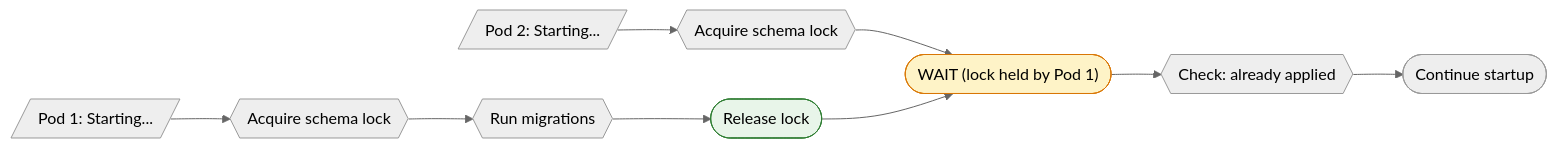
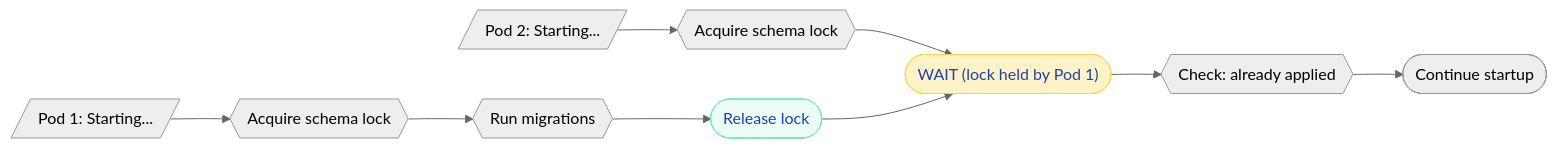
Before and after one commit to saivamsikaruturi/vamsilabs-dev-notes-main: the fifth of 5 diagrams in docs/springboot/database-migrations.md, drawn with Mermaid (neutral theme). The commit also changed other lines of this file and 220 other files, not shown here.

First line of the commit message:
Add 50+ new Java/Spring Boot pages, rewrite CSS code blocks to Oracle style, fix all diagram colors

````diff
--- a/docs/springboot/database-migrations.md
+++ b/docs/springboot/database-migrations.md
@@ -639,15 +639,15 @@
 ```mermaid
 flowchart LR
     P1[/"Pod 1: Starting..."/] --> L1{{"Acquire schema lock"}}
     P2[/"Pod 2: Starting..."/] --> L2{{"Acquire schema lock"}}
 
     L1 --> M1{{"Run migrations"}}
     L2 --> W(["WAIT (lock held by Pod 1)"])
     M1 --> R1(["Release lock"])
     R1 --> W
     W --> M2{{"Check: already applied"}}
     M2 --> Done(["Continue startup"])
 
-    style W fill:#FEF3C7,stroke:#D97706,color:#000
-    style R1 fill:#E8F5E9,stroke:#2E7D32,color:#000
+    style W fill:#FEF3C7,stroke:#FCD34D,color:#1E40AF
+    style R1 fill:#ECFDF5,stroke:#6EE7B7,color:#1E40AF
 ```
````
